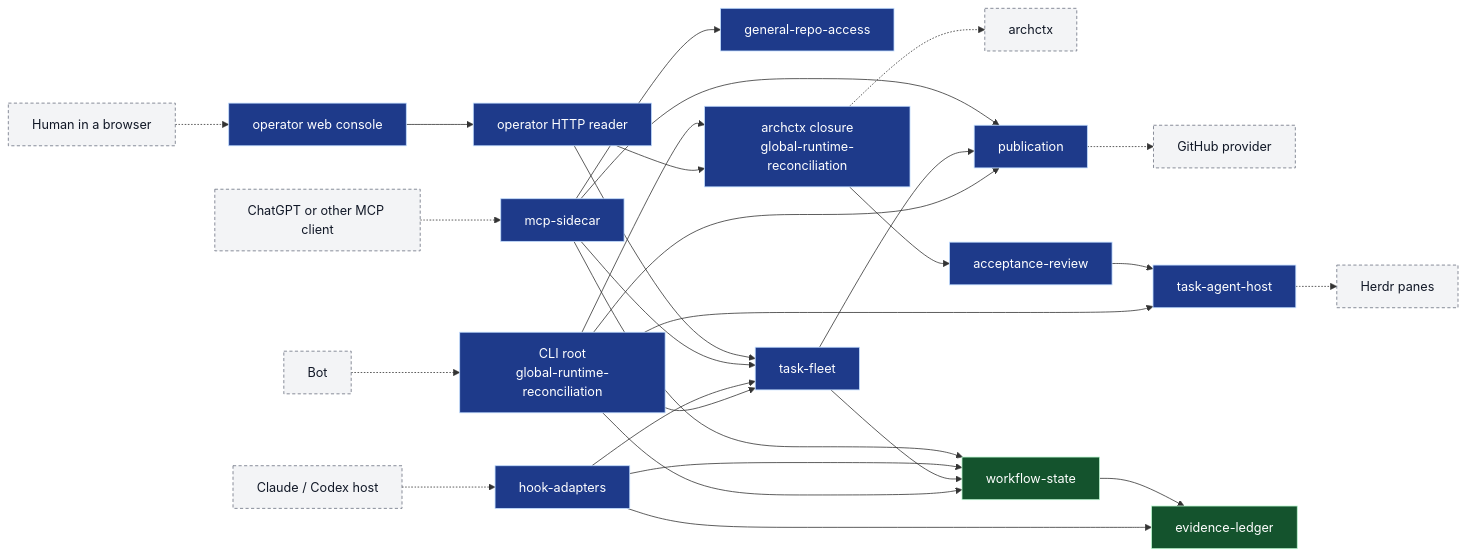
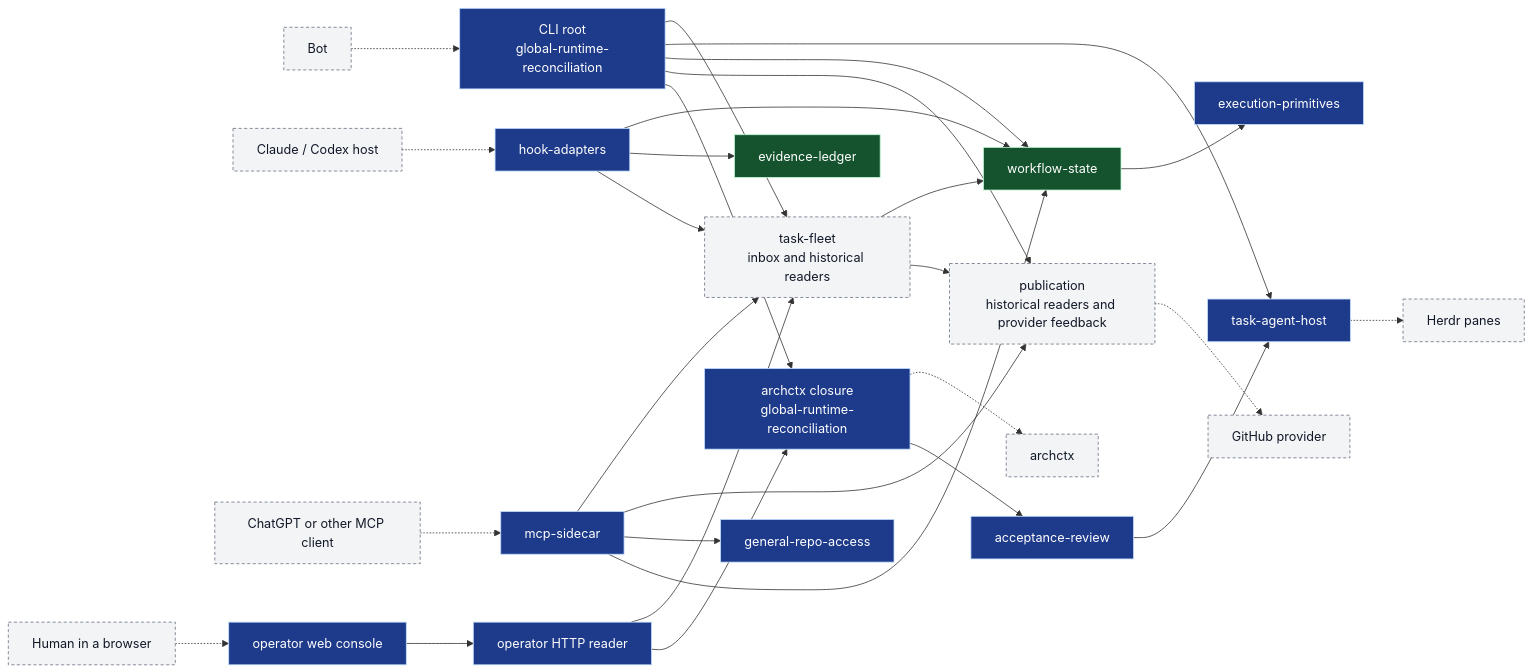
Before and after one commit to Ancienttwo/repo-harness: the diagram in docs/architecture/index.md, drawn with Mermaid. The commit also changed other lines of this file and 4 other files, not shown here.

First line of the commit message:
docs(architecture): separate current authority and historical views (#950)

````diff
--- a/docs/architecture/index.md
+++ b/docs/architecture/index.md
@@ -96,60 +103,61 @@
 ```mermaid
 flowchart LR
   classDef ext fill:#f3f4f6,stroke:#6b7280,color:#111827,stroke-dasharray:4 3
   classDef cap fill:#1e3a8a,stroke:#bfdbfe,color:#ffffff
   classDef store fill:#14532d,stroke:#bbf7d0,color:#ffffff
 
   Bot["Bot"]:::ext
   Host["Claude / Codex host"]:::ext
   Client["ChatGPT or other MCP client"]:::ext
   Human["Human in a browser"]:::ext
   Herdr["Herdr panes"]:::ext
   Provider["GitHub provider"]:::ext
   Archctx["archctx"]:::ext
 
   CLI["CLI root<br/>global-runtime-reconciliation"]:::cap
   Hooks["hook-adapters"]:::cap
   MCP["mcp-sidecar"]:::cap
   Repo["general-repo-access"]:::cap
   Console["operator web console"]:::cap
   OpServer["operator HTTP reader"]:::cap
   Closure["archctx closure<br/>global-runtime-reconciliation"]:::cap
-  Fleet["task-fleet"]:::cap
-  Pub["publication"]:::cap
+  Fleet["task-fleet<br/>inbox and historical readers"]:::ext
+  Pub["publication<br/>historical readers and provider feedback"]:::ext
   TAH["task-agent-host"]:::cap
   Review["acceptance-review"]:::cap
   WS["workflow-state"]:::store
   EL["evidence-ledger"]:::store
+  EP["execution-primitives"]:::cap
 
   Bot -.-> CLI
   CLI --> Fleet
   CLI --> TAH
   CLI --> WS
   CLI --> Pub
   Fleet --> WS
   Fleet --> Pub
   TAH -.-> Herdr
   Pub -.-> Provider
 
   Host -.-> Hooks
   Hooks --> WS
   Hooks --> EL
   Hooks --> Fleet
 
   Client -.-> MCP
   MCP --> Fleet
   MCP --> Pub
   MCP --> Repo
   MCP --> WS
 
   Human -.-> Console
   Console --> OpServer
   OpServer --> Fleet
   OpServer --> Closure
 
   CLI --> Closure
   Closure -.-> Archctx
   Closure --> Review
   Review --> TAH
-  WS --> EL
+  WS --> EP
 ```
````
